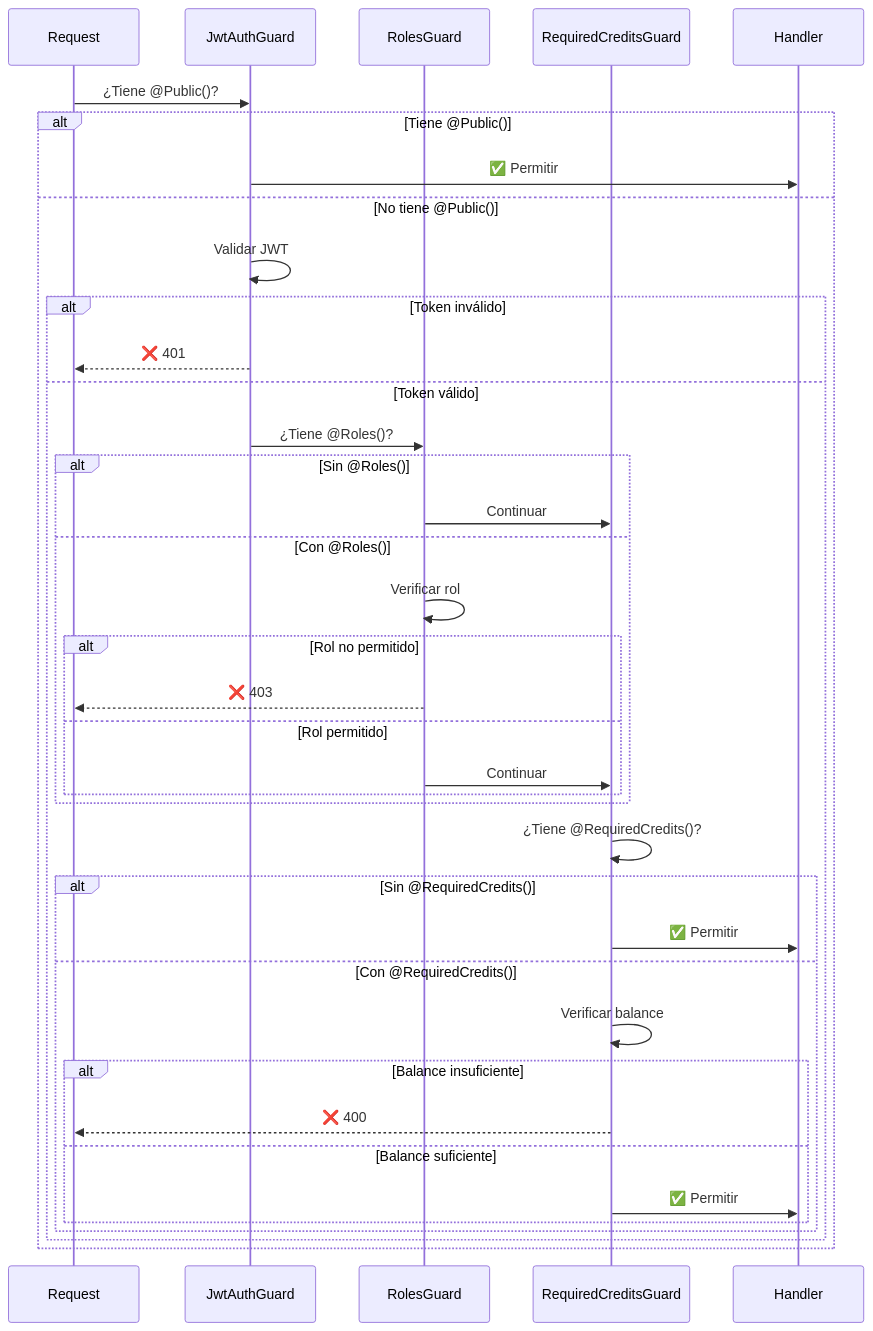
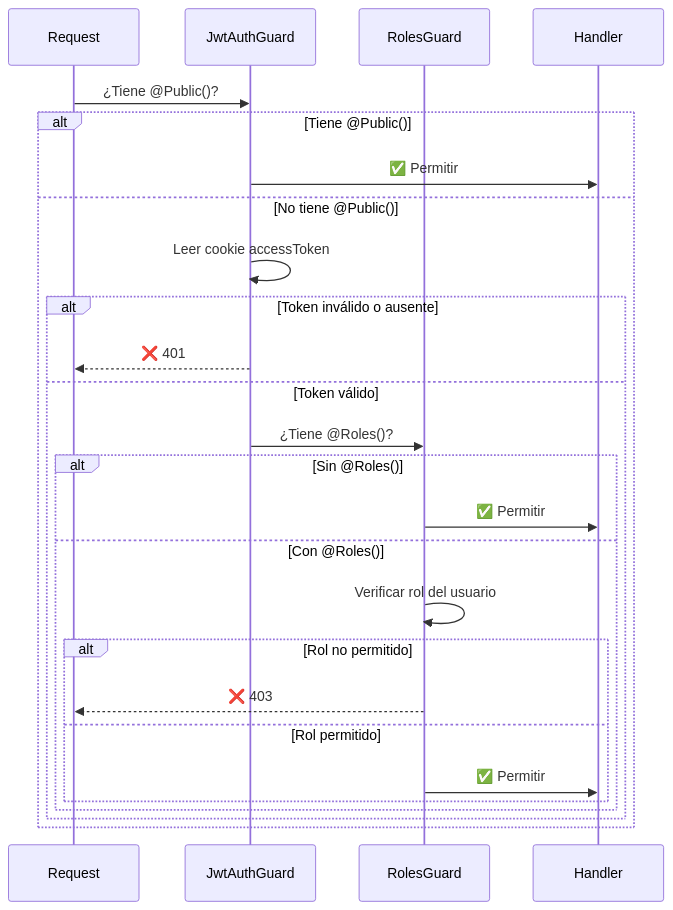
One commit to davitpra/backend-claw-and-soul- changed diagram 14 of 14 in FLUJOS.md. Above: the diagram before and after it, drawn with Mermaid. The commit also changed other lines of this file and 3 other files, not shown here.

Commit message:
feat(auth): update JWT strategy, guards, filters and flow documentation

````diff
--- a/FLUJOS.md
+++ b/FLUJOS.md
@@ -498,42 +486,29 @@
 ```mermaid
 sequenceDiagram
     participant R as Request
     participant JG as JwtAuthGuard
     participant RG as RolesGuard
-    participant CG as RequiredCreditsGuard
     participant H as Handler
 
     R->>JG: ¿Tiene @Public()?
     alt Tiene @Public()
         JG->>H: ✅ Permitir
     else No tiene @Public()
-        JG->>JG: Validar JWT
-        alt Token inválido
+        JG->>JG: Leer cookie accessToken
+        alt Token inválido o ausente
             JG-->>R: ❌ 401
         else Token válido
             JG->>RG: ¿Tiene @Roles()?
             alt Sin @Roles()
-                RG->>CG: Continuar
+                RG->>H: ✅ Permitir
             else Con @Roles()
-                RG->>RG: Verificar rol
+                RG->>RG: Verificar rol del usuario
                 alt Rol no permitido
                     RG-->>R: ❌ 403
                 else Rol permitido
-                    RG->>CG: Continuar
-                end
-            end
-
-            CG->>CG: ¿Tiene @RequiredCredits()?
-            alt Sin @RequiredCredits()
-                CG->>H: ✅ Permitir
-            else Con @RequiredCredits()
-                CG->>CG: Verificar balance
-                alt Balance insuficiente
-                    CG-->>R: ❌ 400
-                else Balance suficiente
-                    CG->>H: ✅ Permitir
+                    RG->>H: ✅ Permitir
                 end
             end
         end
     end
 ```
````
